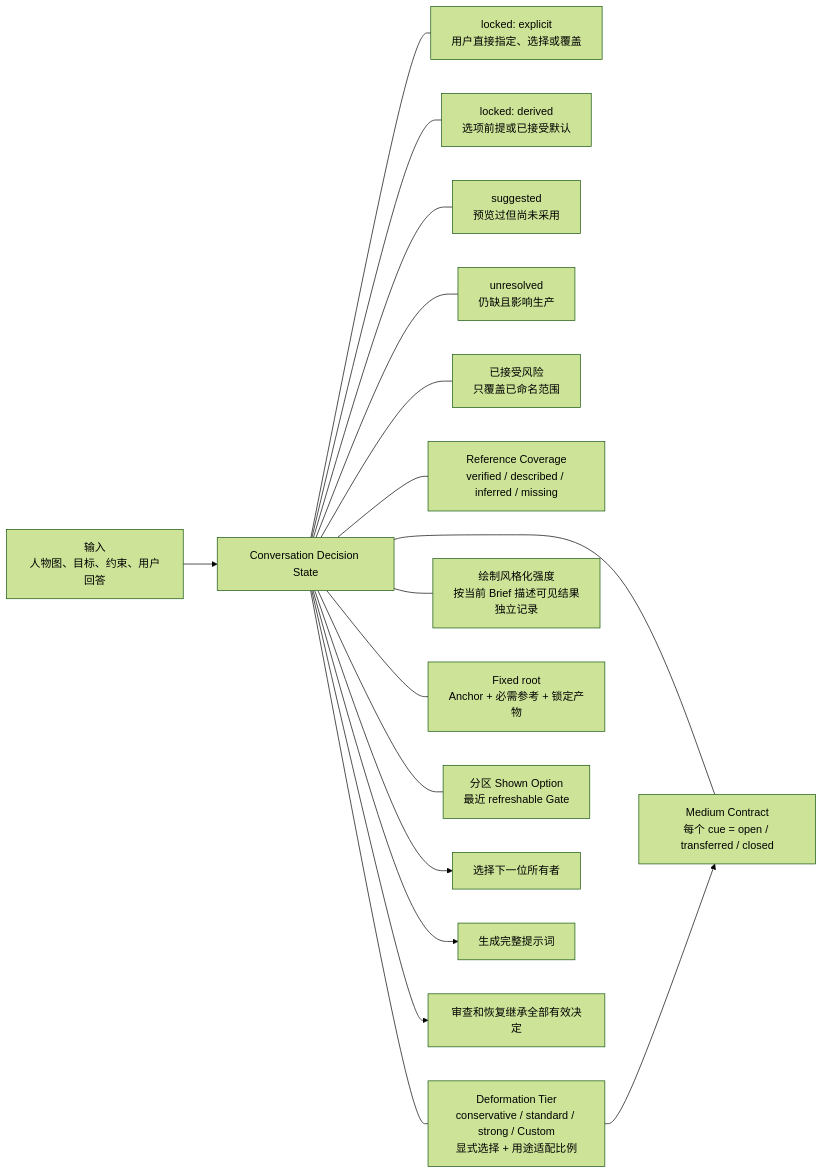
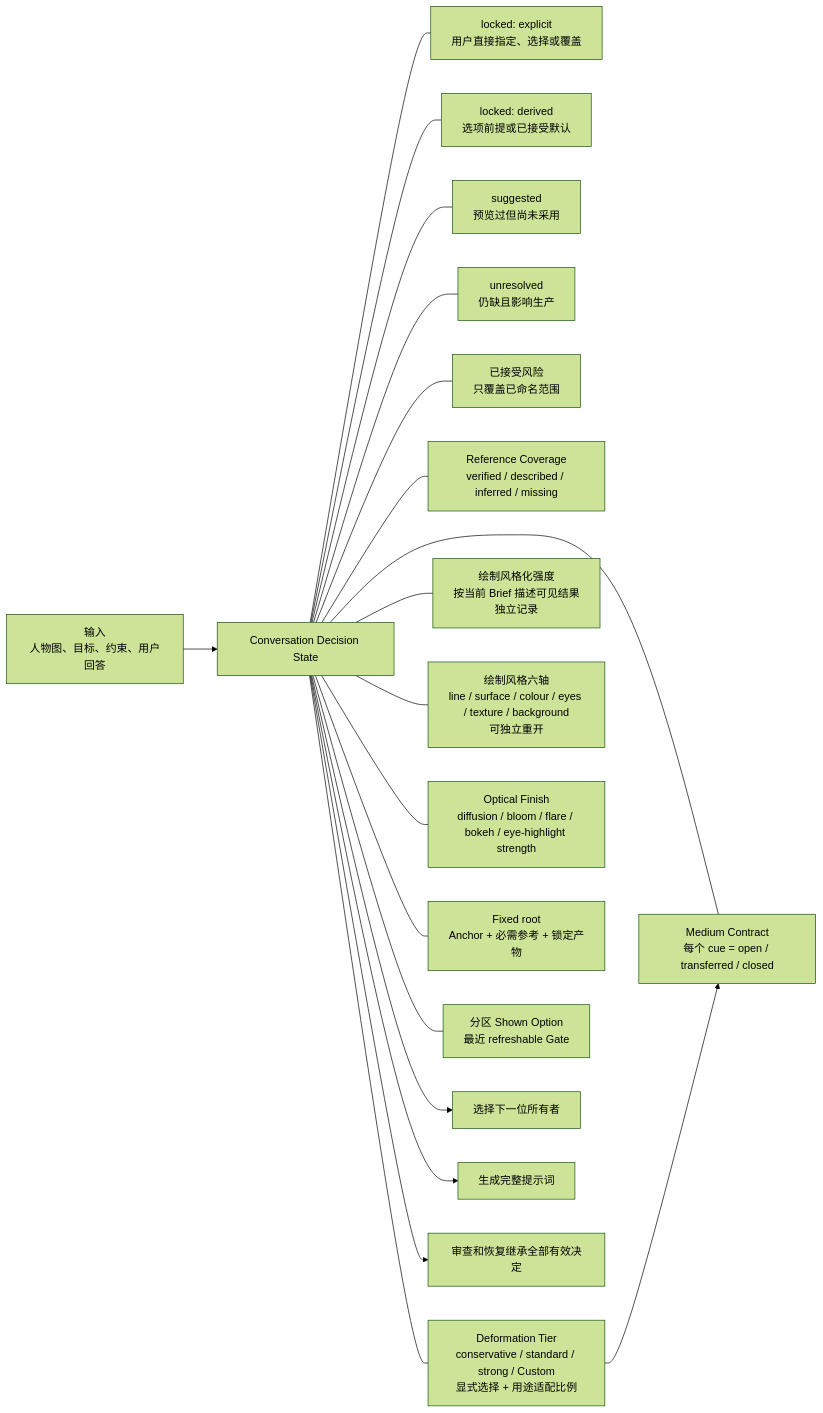
One commit to cyaoc/cast-me changed the third of 13 diagrams in docs/architecture.md. Above: the diagram before and after it, drawn with Mermaid (forest theme). The commit also changed other lines of this file and 5 other files, not shown here.

````diff
--- a/docs/architecture.md
+++ b/docs/architecture.md
@@ -139,21 +140,23 @@
 ```mermaid
 flowchart LR
     INPUT["输入<br/>人物图、目标、约束、用户回答"] --> STATE["Conversation Decision State"]
 
     STATE --- E["locked: explicit<br/>用户直接指定、选择或覆盖"]
     STATE --- D["locked: derived<br/>选项前提或已接受默认"]
     STATE --- S["suggested<br/>预览过但尚未采用"]
     STATE --- U["unresolved<br/>仍缺且影响生产"]
     STATE --- RISK["已接受风险<br/>只覆盖已命名范围"]
     STATE --- COVER["Reference Coverage<br/>verified / described / inferred / missing"]
     STATE --- TIER["Deformation Tier<br/>conservative / standard / strong / Custom<br/>显式选择 + 用途适配比例"]
     STATE --- INTENSITY["绘制风格化强度<br/>按当前 Brief 描述可见结果<br/>独立记录"]
+    STATE --- AXES["绘制风格六轴<br/>line / surface / colour / eyes / texture / background<br/>可独立重开"]
+    STATE --- OPTICAL["Optical Finish<br/>diffusion / bloom / flare / bokeh / eye-highlight strength"]
     STATE --- MEDIUM["Medium Contract<br/>每个 cue = open / transferred / closed"]
     STATE --- ROOT["Fixed root<br/>Anchor + 必需参考 + 锁定产物"]
     STATE --- HIST["分区 Shown Option<br/>最近 refreshable Gate"]
 
     STATE --> ROUTE["选择下一位所有者"]
     STATE --> PROMPT["生成完整提示词"]
     STATE --> REVIEW["审查和恢复继承全部有效决定"]
     TIER --> MEDIUM
 ```
````
